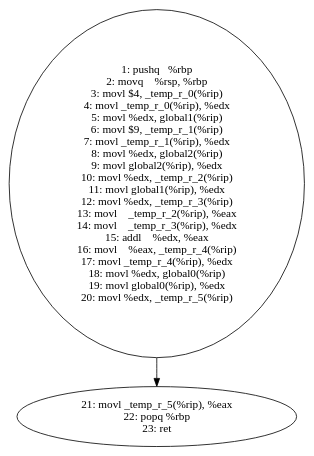
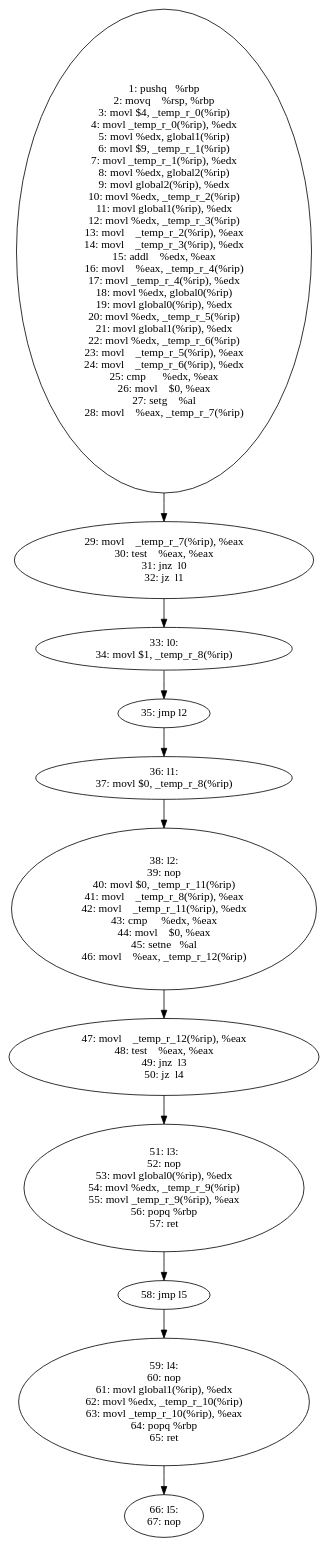
The diagram in CFD.dot (LimaXII/Compiladores), drawn with Graphviz before and after one commit. The commit also changed 2 other files, not shown here.

Commit message:
udate test and comment op_label

```diff
--- a/CFD.dot
+++ b/CFD.dot
@@ -1,50 +1,119 @@
 ## --------------------
 ## SEGMENTO DE DADOS
 ## --------------------
 #.data
 ## ->Variáveis globais
 #global0:	.long	0
 #global1:	.long	0
 #global2:	.long	0
 ## ->Registradores ASM
 #_temp_r_0:	.long	0
 #_temp_r_1:	.long	0
 #_temp_r_2:	.long	0
 #_temp_r_3:	.long	0
 #_temp_r_4:	.long	0
 #_temp_r_5:	.long	0
+#_temp_r_6:	.long	0
+#_temp_r_7:	.long	0
+#_temp_r_8:	.long	0
+#_temp_r_9:	.long	0
+#_temp_r_10:	.long	0
+#_temp_r_11:	.long	0
+#_temp_r_12:	.long	0
 ## --------------------
 ## SEGMENTO DE CÓDIGO
 ## --------------------
 #	.text
 #	.globl	main
 #	.type	main, @function
 #main:
 #	pushq	%rbp
 #	movq %rsp, %rbp
 #	movl $4, _temp_r_0(%rip)
 #	movl _temp_r_0(%rip), %edx
 #	movl %edx, global1(%rip)
 #	movl $9, _temp_r_1(%rip)
 #	movl _temp_r_1(%rip), %edx
 #	movl %edx, global2(%rip)
 #	movl global2(%rip), %edx
 #	movl %edx, _temp_r_2(%rip)
 #	movl global1(%rip), %edx
 #	movl %edx, _temp_r_3(%rip)
 #	movl    _temp_r_2(%rip), %eax 
 #	movl    _temp_r_3(%rip), %edx 
 #	addl    %edx, %eax 
 #	movl    %eax, _temp_r_4(%rip) 
 #	movl _temp_r_4(%rip), %edx
 #	movl %edx, global0(%rip)
 #	movl global0(%rip), %edx
 #	movl %edx, _temp_r_5(%rip)
-#	movl _temp_r_5(%rip), %eax
+#	movl global1(%rip), %edx
+#	movl %edx, _temp_r_6(%rip)
+#	movl    _temp_r_5(%rip), %eax 
+#	movl    _temp_r_6(%rip), %edx 
+#	cmp      %edx, %eax
+#	movl    $0, %eax
+#	setg    %al
+#	movl    %eax, _temp_r_7(%rip)
+#	movl    _temp_r_7(%rip), %eax 
+#	test    %eax, %eax
+#	jnz  l0
+#	jz  l1
+#l0: 
+#	movl $1, _temp_r_8(%rip)
+#	jmp l2
+#l1: 
+#	movl $0, _temp_r_8(%rip)
+#l2: 
+#	nop
+#	movl $0, _temp_r_11(%rip)
+#	movl    _temp_r_8(%rip), %eax 
+#	movl    _temp_r_11(%rip), %edx 
+#	cmp     %edx, %eax
+#	movl    $0, %eax
+#	setne   %al
+#	movl    %eax, _temp_r_12(%rip)
+#	movl    _temp_r_12(%rip), %eax 
+#	test    %eax, %eax
+#	jnz  l3
+#	jz  l4
+#l3: 
+#	nop
+#	movl global0(%rip), %edx
+#	movl %edx, _temp_r_9(%rip)
+#	movl _temp_r_9(%rip), %eax
 #	popq %rbp
 #	ret
+#	jmp l5
+#l4: 
+#	nop
+#	movl global1(%rip), %edx
+#	movl %edx, _temp_r_10(%rip)
+#	movl _temp_r_10(%rip), %eax
+#	popq %rbp
+#	ret
+#l5: 
+#	nop
 digraph CFG {
-	"Block0" [label="1: pushq   %rbp\n2: movq    %rsp, %rbp\n3: movl $4, _temp_r_0(%rip)\n4: movl _temp_r_0(%rip), %edx\n5: movl %edx, global1(%rip)\n6: movl $9, _temp_r_1(%rip)\n7: movl _temp_r_1(%rip), %edx\n8: movl %edx, global2(%rip)\n9: movl global2(%rip), %edx\n10: movl %edx, _temp_r_2(%rip)\n11: movl global1(%rip), %edx\n12: movl %edx, _temp_r_3(%rip)\n13: movl    _temp_r_2(%rip), %eax\n14: movl    _temp_r_3(%rip), %edx\n15: addl    %edx, %eax\n16: movl    %eax, _temp_r_4(%rip)\n17: movl _temp_r_4(%rip), %edx\n18: movl %edx, global0(%rip)\n19: movl global0(%rip), %edx\n20: movl %edx, _temp_r_5(%rip)\n"];
+	"Block0" [label="1: pushq   %rbp\n2: movq    %rsp, %rbp\n3: movl $4, _temp_r_0(%rip)\n4: movl _temp_r_0(%rip), %edx\n5: movl %edx, global1(%rip)\n6: movl $9, _temp_r_1(%rip)\n7: movl _temp_r_1(%rip), %edx\n8: movl %edx, global2(%rip)\n9: movl global2(%rip), %edx\n10: movl %edx, _temp_r_2(%rip)\n11: movl global1(%rip), %edx\n12: movl %edx, _temp_r_3(%rip)\n13: movl    _temp_r_2(%rip), %eax\n14: movl    _temp_r_3(%rip), %edx\n15: addl    %edx, %eax\n16: movl    %eax, _temp_r_4(%rip)\n17: movl _temp_r_4(%rip), %edx\n18: movl %edx, global0(%rip)\n19: movl global0(%rip), %edx\n20: movl %edx, _temp_r_5(%rip)\n21: movl global1(%rip), %edx\n22: movl %edx, _temp_r_6(%rip)\n23: movl    _temp_r_5(%rip), %eax\n24: movl    _temp_r_6(%rip), %edx\n25: cmp      %edx, %eax\n26: movl    $0, %eax\n27: setg    %al\n28: movl    %eax, _temp_r_7(%rip)\n"];
 	"Block0" -> "Block1";
-	"Block1" [label="21: movl _temp_r_5(%rip), %eax\n22: popq %rbp\n23: ret\n"];
+	"Block1" [label="29: movl    _temp_r_7(%rip), %eax \n30: test    %eax, %eax\n31: jnz  l0\n32: jz  l1\n"];
+	"Block1" -> "Block2";
+	"Block2" [label="33: l0: \n34: movl $1, _temp_r_8(%rip)\n"];
+	"Block2" -> "Block3";
+	"Block3" [label="35: jmp l2\n"];
+	"Block3" -> "Block4";
+	"Block4" [label="36: l1: \n37: movl $0, _temp_r_8(%rip)\n"];
+	"Block4" -> "Block5";
+	"Block5" [label="38: l2: \n39: nop\n40: movl $0, _temp_r_11(%rip)\n41: movl    _temp_r_8(%rip), %eax\n42: movl    _temp_r_11(%rip), %edx\n43: cmp     %edx, %eax\n44: movl    $0, %eax\n45: setne   %al\n46: movl    %eax, _temp_r_12(%rip)\n"];
+	"Block5" -> "Block6";
+	"Block6" [label="47: movl    _temp_r_12(%rip), %eax \n48: test    %eax, %eax\n49: jnz  l3\n50: jz  l4\n"];
+	"Block6" -> "Block7";
+	"Block7" [label="51: l3: \n52: nop\n53: movl global0(%rip), %edx\n54: movl %edx, _temp_r_9(%rip)\n55: movl _temp_r_9(%rip), %eax\n56: popq %rbp\n57: ret\n"];
+	"Block7" -> "Block8";
+	"Block8" [label="58: jmp l5\n"];
+	"Block8" -> "Block9";
+	"Block9" [label="59: l4: \n60: nop\n61: movl global1(%rip), %edx\n62: movl %edx, _temp_r_10(%rip)\n63: movl _temp_r_10(%rip), %eax\n64: popq %rbp\n65: ret\n"];
+	"Block9" -> "Block10";
+	"Block10" [label="66: l5: \n67: nop\n"];
 }
```
